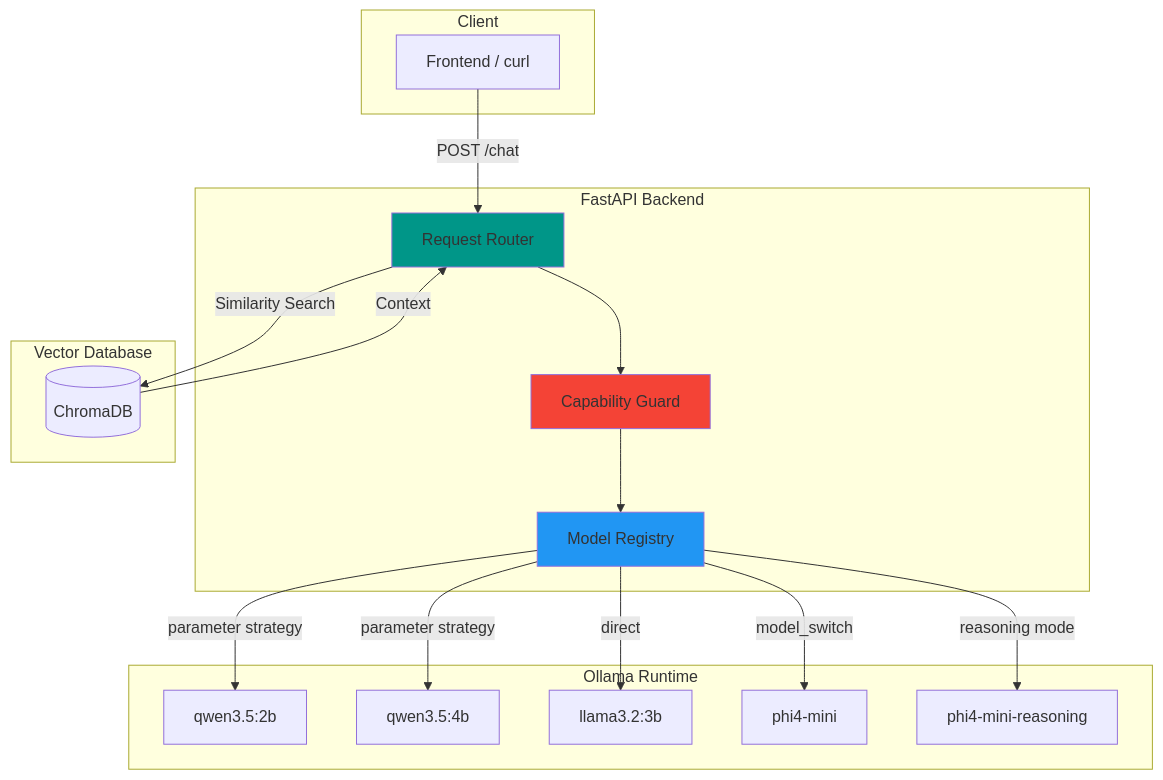
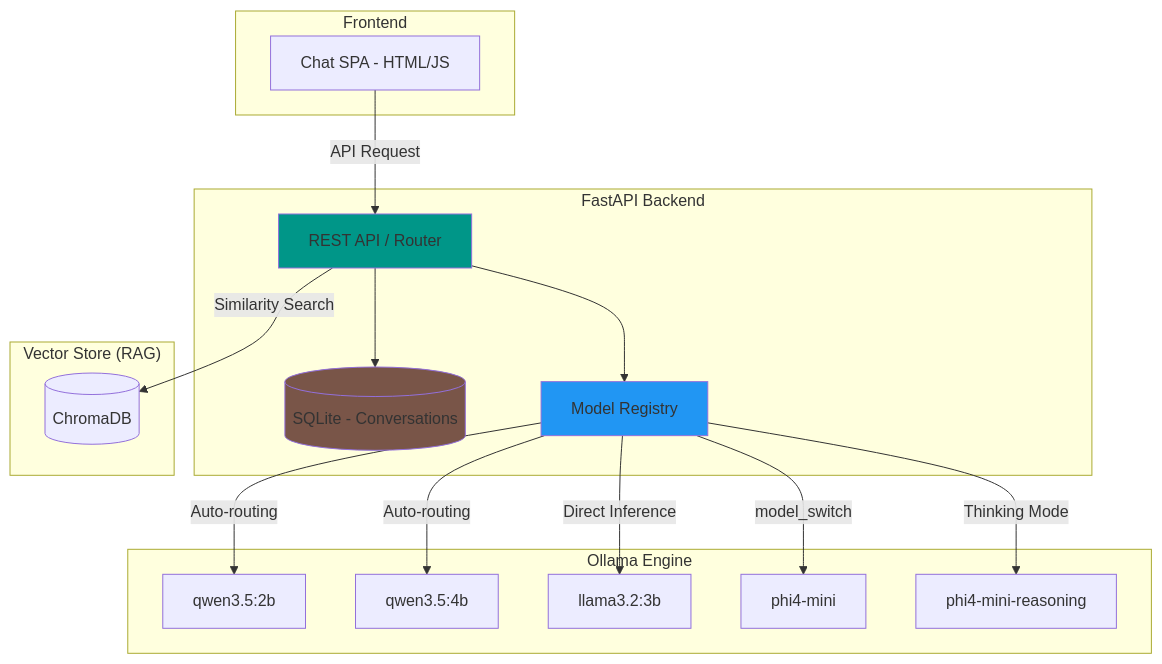
The diagram in README.md (mile-chang/rag-kura), drawn with Mermaid before and after one commit. The commit also changed other lines of this file and 2 other files, not shown here.

````diff
--- a/README.md
+++ b/README.md
@@ -38,39 +38,38 @@
 ```mermaid
 graph TB
-    subgraph "Client"
-        FE[Frontend / curl]
+    subgraph "Frontend"
+        UI[Chat SPA - HTML/JS]
     end
 
     subgraph "FastAPI Backend"
-        ROUTER[Request Router]
-        GUARD[Capability Guard]
+        ROUTER[REST API / Router]
+        DB[(SQLite - Conversations)]
         REG[Model Registry]
     end
 
-    subgraph "Ollama Runtime"
+    subgraph "Vector Store (RAG)"
+        CHROMA[(ChromaDB)]
+    end
+
+    subgraph "Ollama Engine"
         Q2[qwen3.5:2b]
         Q4[qwen3.5:4b]
         L3[llama3.2:3b]
         P4[phi4-mini]
         P4R[phi4-mini-reasoning]
     end
 
-    subgraph "Vector Database"
-        CHROMA[(ChromaDB)]
-    end
-
-    FE -->|POST /chat| ROUTER
+    UI -->|API Request| ROUTER
+    ROUTER --> DB
     ROUTER -->|Similarity Search| CHROMA
-    CHROMA -->|Context| ROUTER
-    ROUTER --> GUARD
-    GUARD --> REG
-    REG -->|parameter strategy| Q2
-    REG -->|parameter strategy| Q4
-    REG -->|direct| L3
+    ROUTER --> REG
+    REG -->|Auto-routing| Q2
+    REG -->|Auto-routing| Q4
+    REG -->|Direct Inference| L3
     REG -->|model_switch| P4
-    REG -->|reasoning mode| P4R
+    REG -->|Thinking Mode| P4R
 
     style ROUTER fill:#009688
-    style GUARD fill:#F44336
+    style DB fill:#795548
     style REG fill:#2196F3
 ```
````
